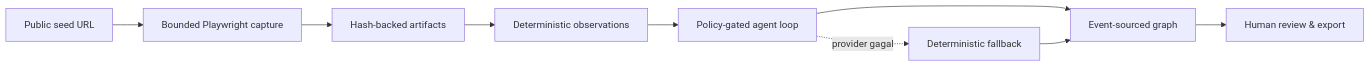
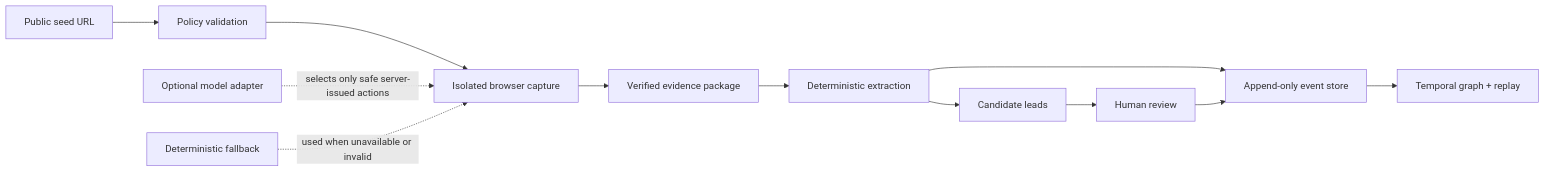
The diagram in README.md (myudak/hawkeye-judolgraph), drawn with Mermaid before and after one commit. The commit also changed other lines of this file and 1 other file, not shown here.

````diff
--- a/README.md
+++ b/README.md
@@ -65,11 +71,14 @@
 ```mermaid
 flowchart LR
-    A["Public seed URL"] --> B["Bounded Playwright capture"]
-    B --> C["Hash-backed artifacts"]
-    C --> D["Deterministic observations"]
-    D --> E["Policy-gated agent loop"]
-    E --> F["Event-sourced graph"]
-    F --> G["Human review & export"]
-    E -. "provider gagal" .-> H["Deterministic fallback"]
-    H --> F
+    A["Public seed URL"] --> B["Policy validation"]
+    B --> C["Isolated browser capture"]
+    C --> D["Verified evidence package"]
+    D --> E["Deterministic extraction"]
+    E --> F["Append-only event store"]
+    F --> G["Temporal graph + replay"]
+    E --> H["Candidate leads"]
+    H --> I["Human review"]
+    I --> F
+    J["Optional model adapter"] -. "selects only safe server-issued actions" .-> C
+    K["Deterministic fallback"] -. "used when unavailable or invalid" .-> C
 ```
````
